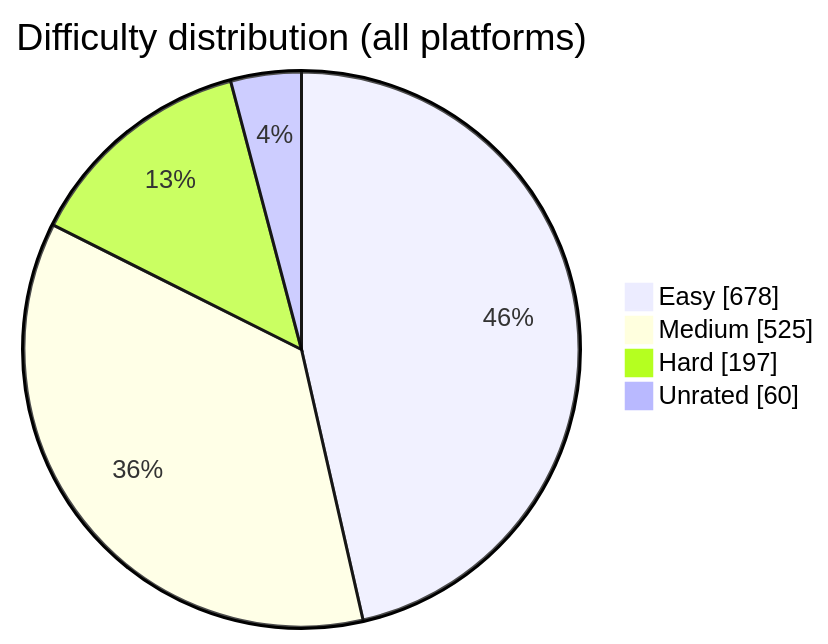
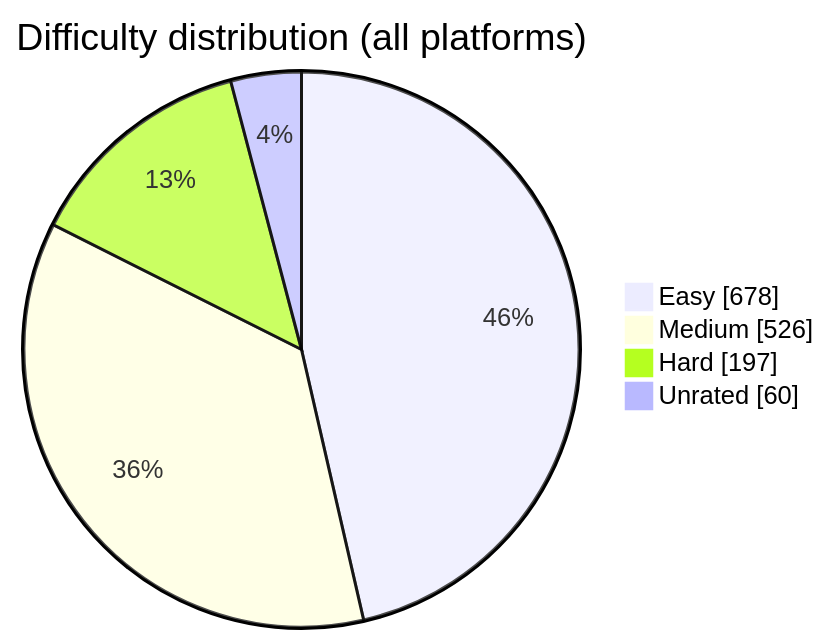
Before and after one commit to BuildbyArindam/Daily-Coding-Log: the diagram in README.md, drawn with Mermaid. The commit also changed other lines of this file, not shown here.

````diff
--- a/README.md
+++ b/README.md
@@ -93,7 +93,7 @@
 ```mermaid
 pie showData title Difficulty distribution (all platforms)
     "Easy" : 678
-    "Medium" : 525
+    "Medium" : 526
     "Hard" : 197
     "Unrated" : 60
 ```
````
